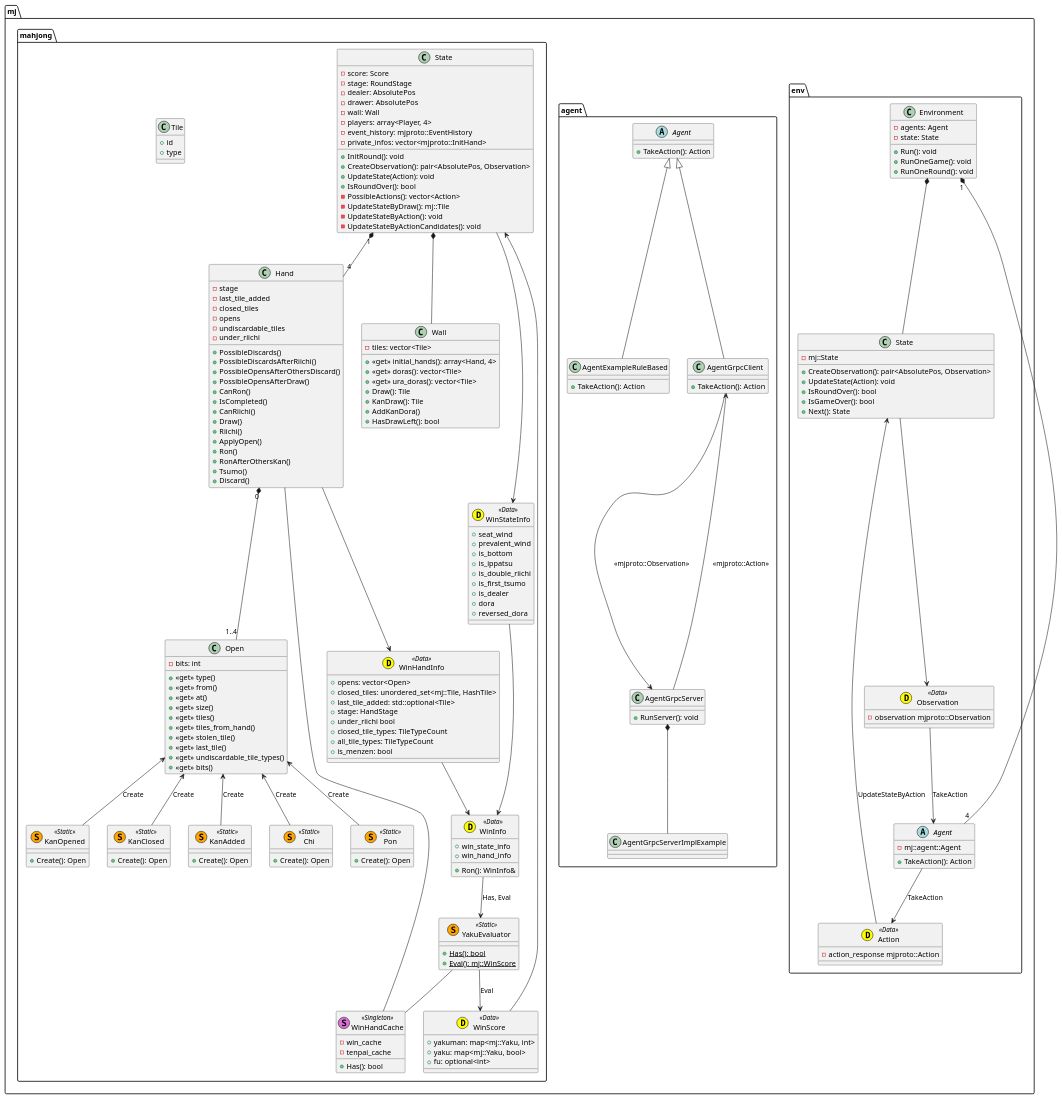
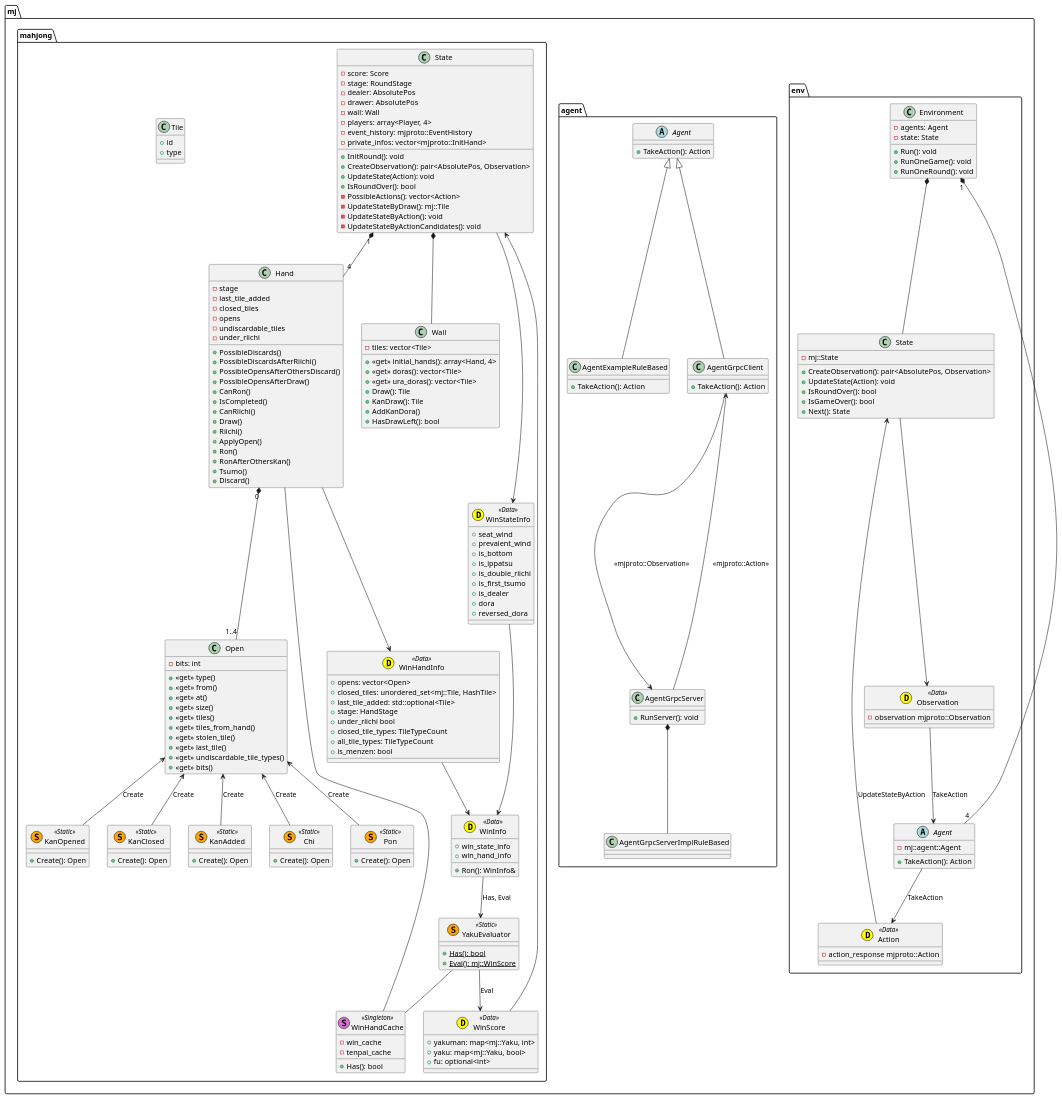
One commit to mjx-project/mjx changed the diagram in plantuml/diagram.pu. Above: the diagram before and after it, drawn with PlantUML.

Commit message:
refactor: diagram

```diff
--- a/plantuml/diagram.pu
+++ b/plantuml/diagram.pu
@@ -50,7 +50,7 @@
     + RunServer(): void
 }
 
-class mj::agent::AgentGrpcServerImplExample{
+class mj::agent::AgentGrpcServerImplRuleBased{
 
 }
 
@@ -204,7 +204,7 @@
 mj::agent::Agent <|-- mj::agent::AgentGrpcClient
 mj::agent::AgentGrpcClient --> mj::agent::AgentGrpcServer : <<mjproto::Observation>>
 mj::agent::AgentGrpcServer --> mj::agent::AgentGrpcClient : <<mjproto::Action>>
-mj::agent::AgentGrpcServer *-- mj::agent::AgentGrpcServerImplExample
+mj::agent::AgentGrpcServer *-- mj::agent::AgentGrpcServerImplRuleBased
 
 mj::mahjong::State *-- mj::mahjong::Wall
 mj::mahjong::State "1" *-- "4" mj::mahjong::Hand
```
